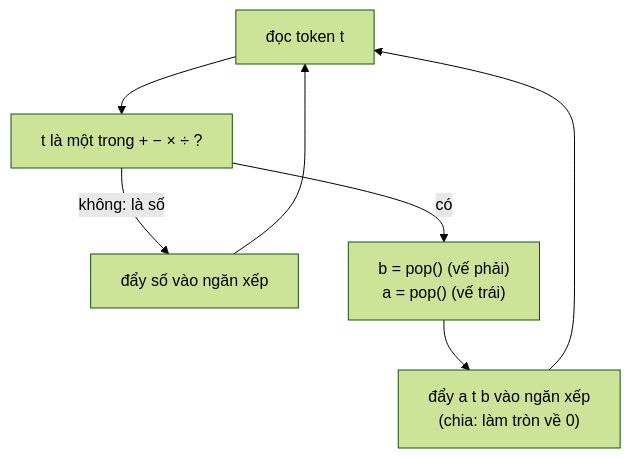
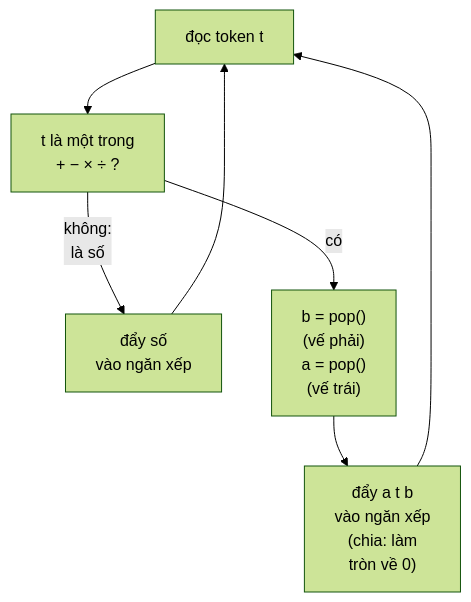
Before and after one commit to duongbui234/software-engineering-atlas: the diagram in content/problems/evaluate-reverse-polish-notation.md, drawn with Mermaid (forest theme). The commit also changed 134 other files, not shown here.

First line of the commit message:
Fit every Mermaid diagram at 390px without sideways scroll (#56)

````diff
--- a/content/problems/evaluate-reverse-polish-notation.md
+++ b/content/problems/evaluate-reverse-polish-notation.md
@@ -47,9 +47,9 @@
 ```mermaid
 flowchart TB
-  A["đọc token t"] --> B["t là một trong + − × ÷ ?"]
-  B -->|"không: là số"| C["đẩy số vào ngăn xếp"]
+  A["đọc token t"] --> B["t là một trong<br/>+ − × ÷ ?"]
+  B -->|"không:<br/>là số"| C["đẩy số<br/>vào ngăn xếp"]
   C --> A
-  B -->|"có"| D["b = pop() (vế phải)<br/>a = pop() (vế trái)"]
-  D --> E["đẩy a t b vào ngăn xếp<br/>(chia: làm tròn về 0)"]
+  B -->|"có"| D["b = pop()<br/>(vế phải)<br/>a = pop()<br/>(vế trái)"]
+  D --> E["đẩy a t b<br/>vào ngăn xếp<br/>(chia: làm<br/>tròn về 0)"]
   E --> A
 ```
````
